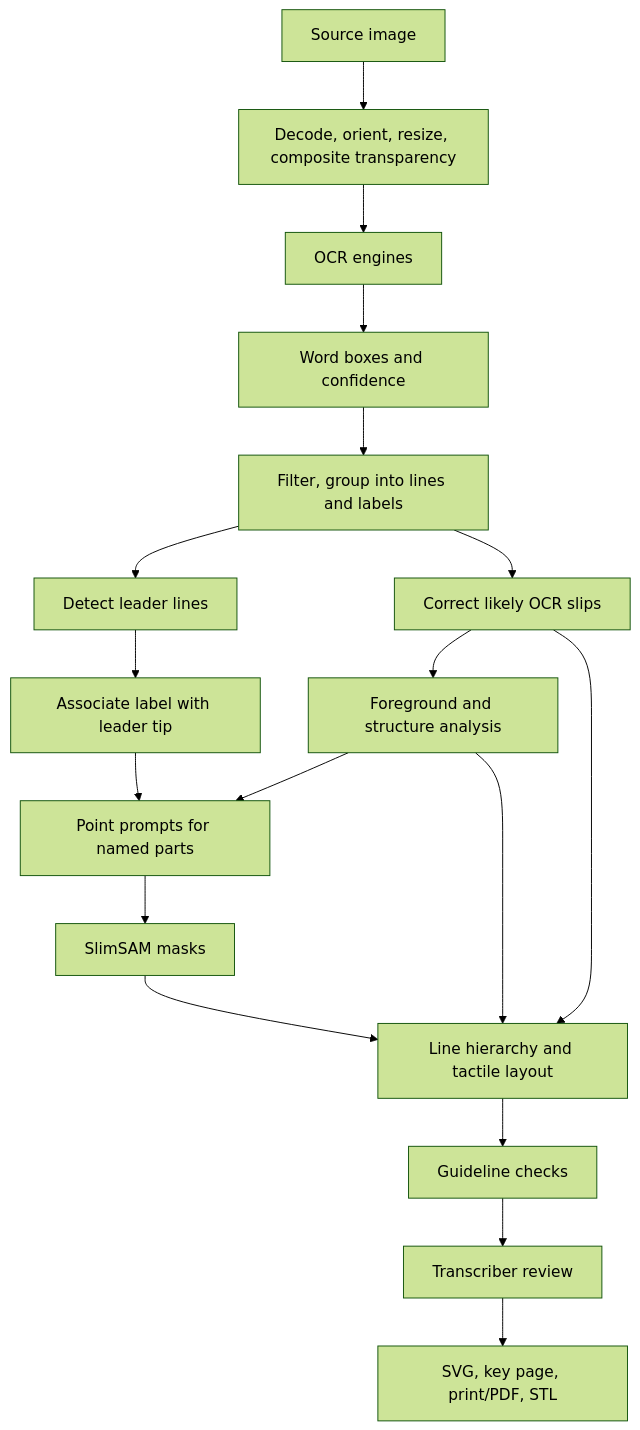
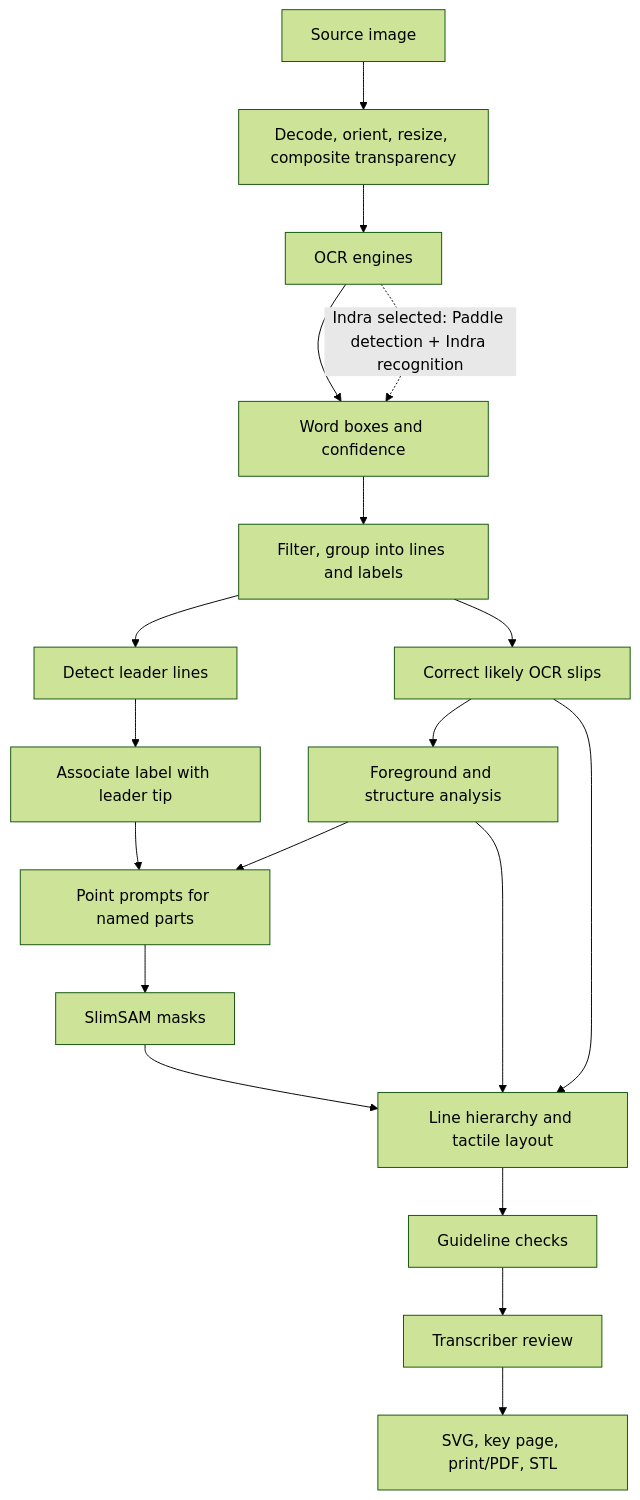
One commit to mrhunsaker/TactiDiagram changed the diagram in docs/architecture.md. Above: the diagram before and after it, drawn with Mermaid (forest theme). The commit also changed 5 other files, not shown here.

First line of the commit message:
Guide Indra OCR recognition with PaddleOCR text detection (#24)

````diff
--- a/docs/architecture.md
+++ b/docs/architecture.md
@@ -26,20 +26,21 @@
 ```mermaid
 flowchart TD
   A[Source image] --> B[Decode, orient, resize, composite transparency]
   B --> C[OCR engines]
   C --> D[Word boxes and confidence]
+  C -. Indra selected: Paddle detection + Indra recognition .-> D
   D --> E[Filter, group into lines and labels]
   E --> F[Correct likely OCR slips]
   E --> G[Detect leader lines]
   G --> H[Associate label with leader tip]
   F --> I[Foreground and structure analysis]
   H --> J[Point prompts for named parts]
   I --> J
   J --> K[SlimSAM masks]
   K --> L[Line hierarchy and tactile layout]
   I --> L
   F --> L
   L --> M[Guideline checks]
   M --> N[Transcriber review]
   N --> O[SVG, key page, print/PDF, STL]
 ```
````
